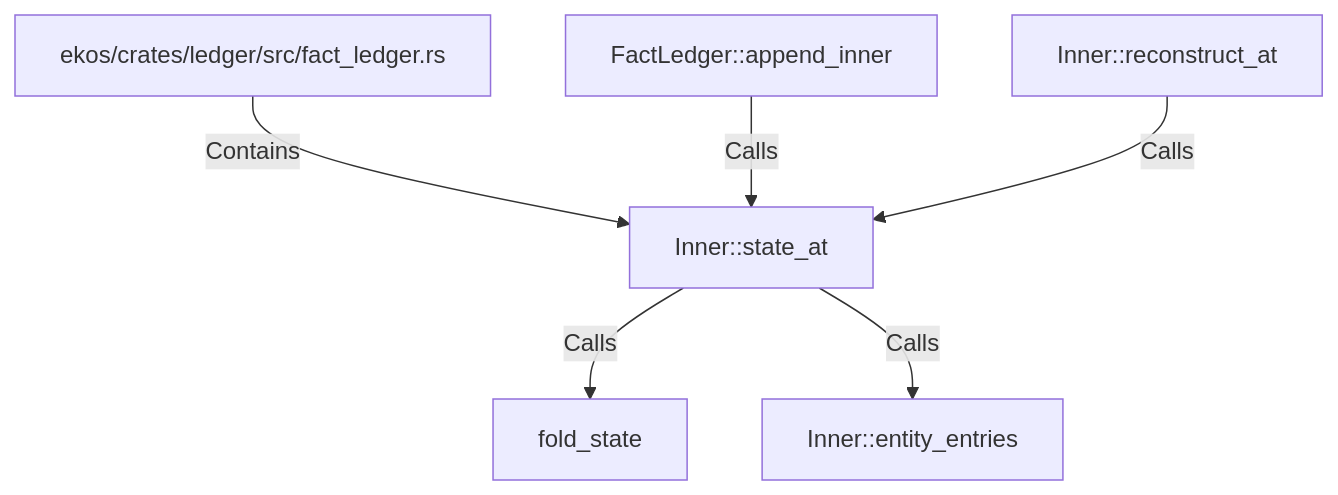
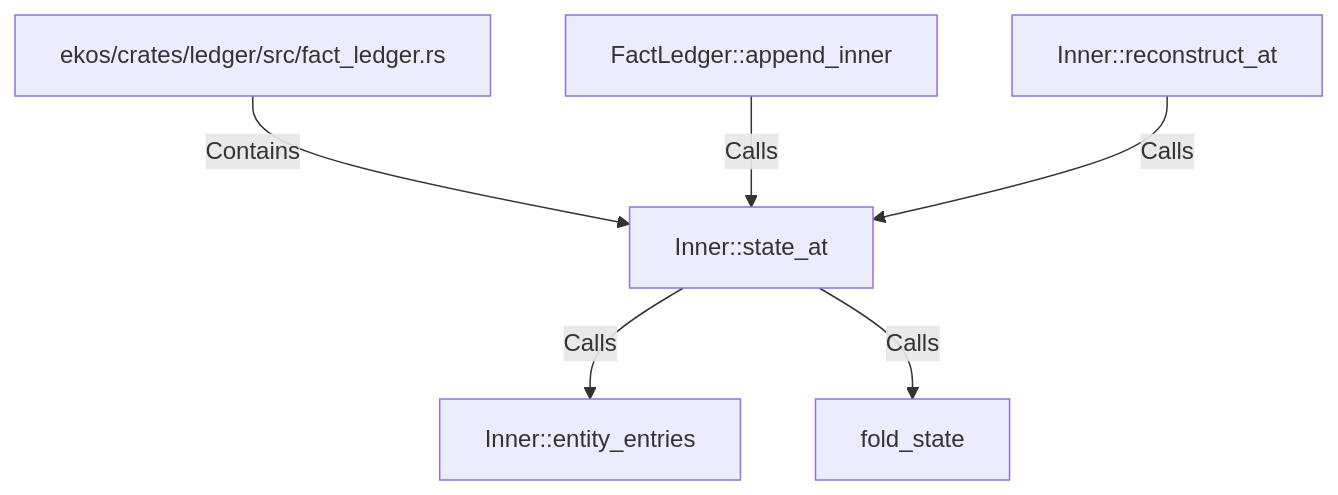
Before and after one commit to alexeyban/EKOS: the diagram in doc/entities/rustsymbol/in/inner-state-at.md, drawn with Mermaid. The commit also changed other lines of this file and 552 other files, not shown here.

````diff
--- a/doc/entities/rustsymbol/in/inner-state-at.md
+++ b/doc/entities/rustsymbol/in/inner-state-at.md
@@ -24,14 +24,14 @@
 ```mermaid
 graph TD
     nf8ecc4120c5152758a0d2f41777af9ac["Inner::state_at"]
     neadcb59e818f5d1eaf87ff29aba11423["ekos/crates/ledger/src/fact_ledger.rs"]
     neadcb59e818f5d1eaf87ff29aba11423 -->|Contains| nf8ecc4120c5152758a0d2f41777af9ac
     nabbc13e087055d3caa78d21e9a9882ee["FactLedger::append_inner"]
     nabbc13e087055d3caa78d21e9a9882ee -->|Calls| nf8ecc4120c5152758a0d2f41777af9ac
+    n1ada5b5695145eaeb940bf8f8ac90935["Inner::entity_entries"]
+    nf8ecc4120c5152758a0d2f41777af9ac -->|Calls| n1ada5b5695145eaeb940bf8f8ac90935
     n42e75b5363655fbc83a126fcd87d8f3c["fold_state"]
     nf8ecc4120c5152758a0d2f41777af9ac -->|Calls| n42e75b5363655fbc83a126fcd87d8f3c
-    n1ada5b5695145eaeb940bf8f8ac90935["Inner::entity_entries"]
-    nf8ecc4120c5152758a0d2f41777af9ac -->|Calls| n1ada5b5695145eaeb940bf8f8ac90935
     n79bd74042990533fb4f5b3d167543336["Inner::reconstruct_at"]
     n79bd74042990533fb4f5b3d167543336 -->|Calls| nf8ecc4120c5152758a0d2f41777af9ac
 ```
````
